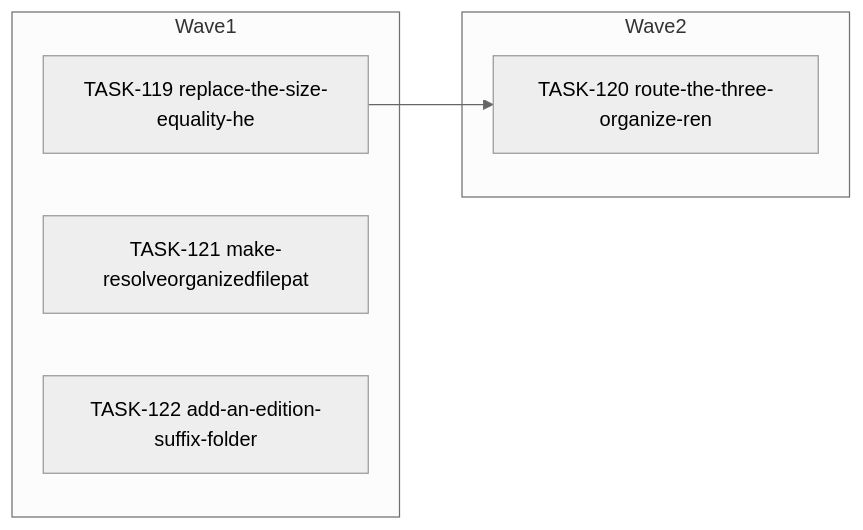
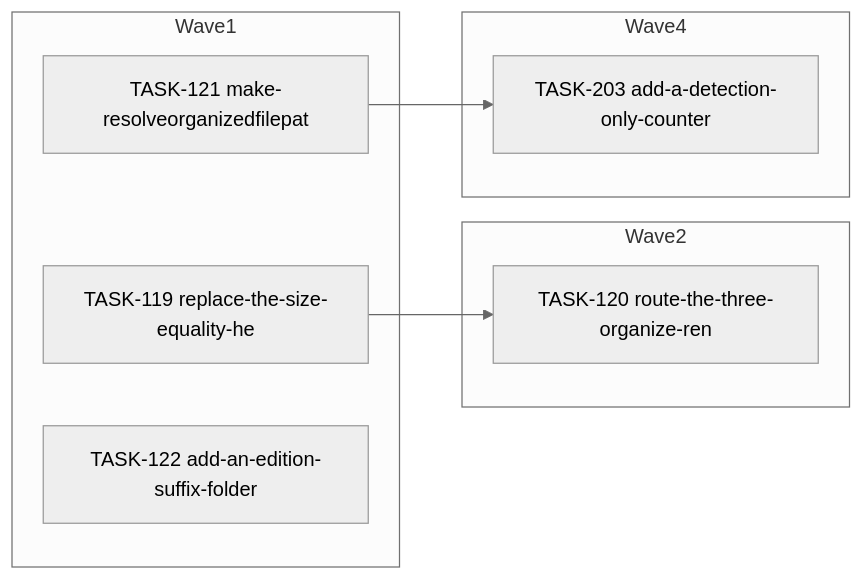
One commit to falkcorp/audiobook-organizer changed the diagram in docs/agent-tasks/todo-completion/organize/orchestration.md. Above: the diagram before and after it, drawn with Mermaid (neutral theme). The commit also changed other lines of this file and 275 other files, not shown here.

````diff
--- a/docs/agent-tasks/todo-completion/organize/orchestration.md
+++ b/docs/agent-tasks/todo-completion/organize/orchestration.md
@@ -12,12 +12,16 @@
 ```mermaid
 flowchart LR
     subgraph Wave1
       TASK119[TASK-119 replace-the-size-equality-he]
       TASK121[TASK-121 make-resolveorganizedfilepat]
       TASK122[TASK-122 add-an-edition-suffix-folder]
     end
     subgraph Wave2
       TASK120[TASK-120 route-the-three-organize-ren]
     end
+    subgraph Wave4
+      TASK203[TASK-203 add-a-detection-only-counter]
+    end
     TASK119 --> TASK120
+    TASK121 --> TASK203
 ```
````
